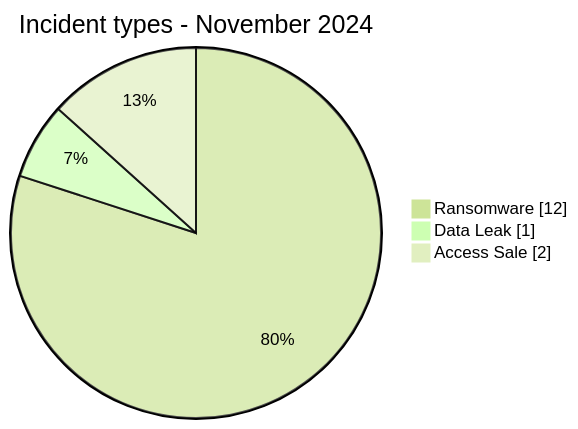
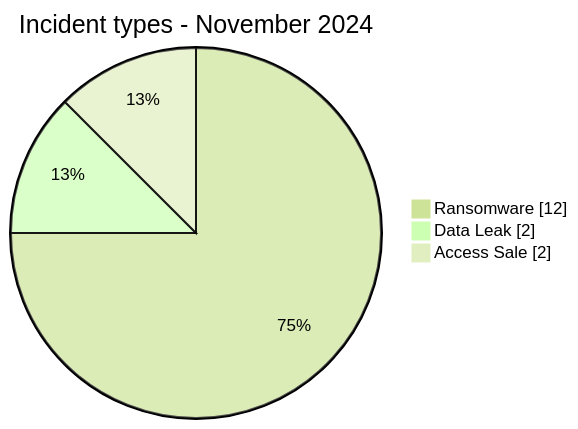
One commit to Hatchepsoute/AFRINTEL changed the first of 2 diagrams in CyberAttackAfrica/2024/11-november/README.md. Above: the diagram before and after it, drawn with Mermaid (forest theme). The commit also changed other lines of this file and 401 other files, not shown here.

````diff
--- a/CyberAttackAfrica/2024/11-november/README.md
+++ b/CyberAttackAfrica/2024/11-november/README.md
@@ -51,7 +51,7 @@
 ```mermaid
 pie showData
     title Incident types - November 2024
     "Ransomware" : 12
-    "Data Leak" : 1
+    "Data Leak" : 2
     "Access Sale" : 2
 ```
````
